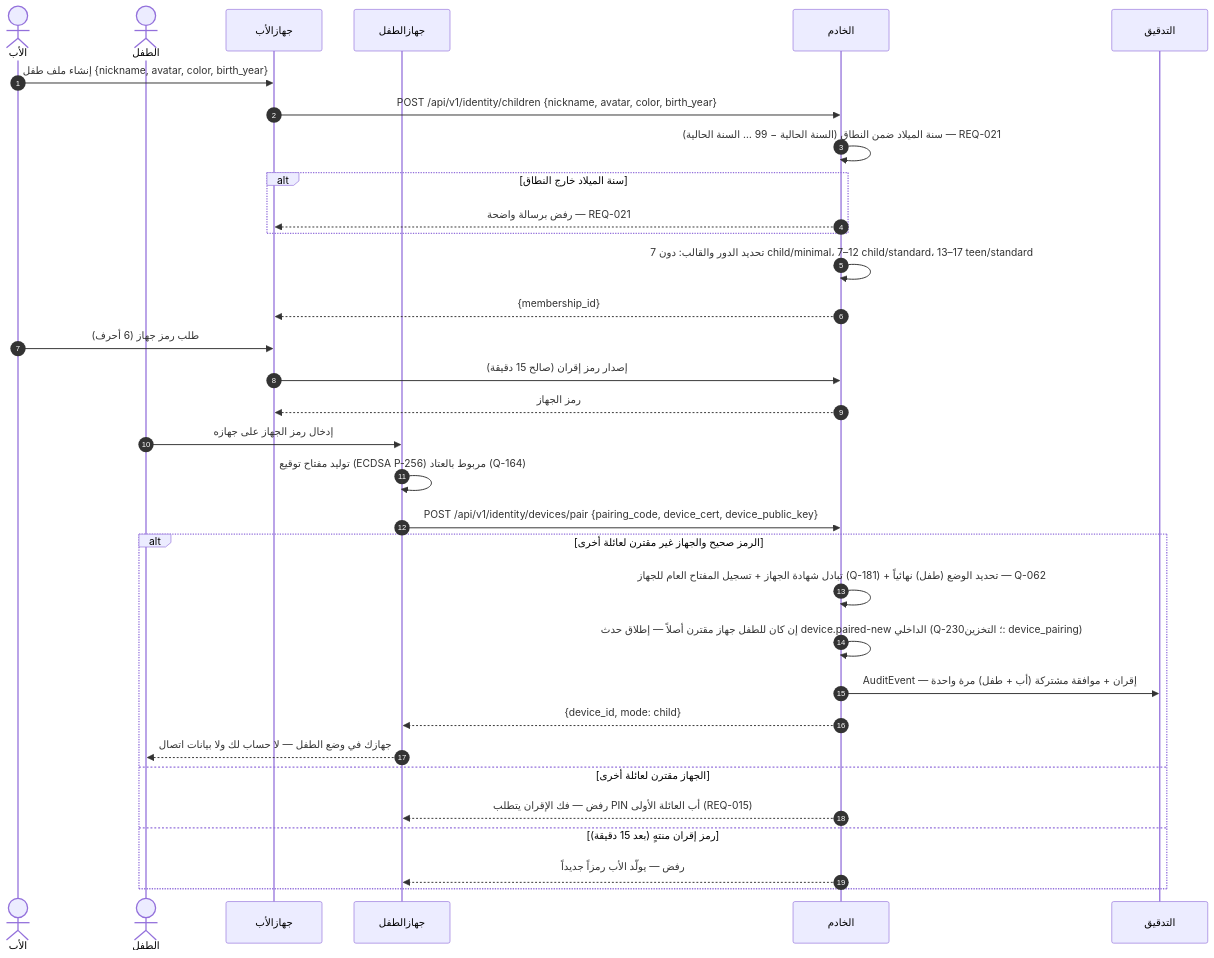
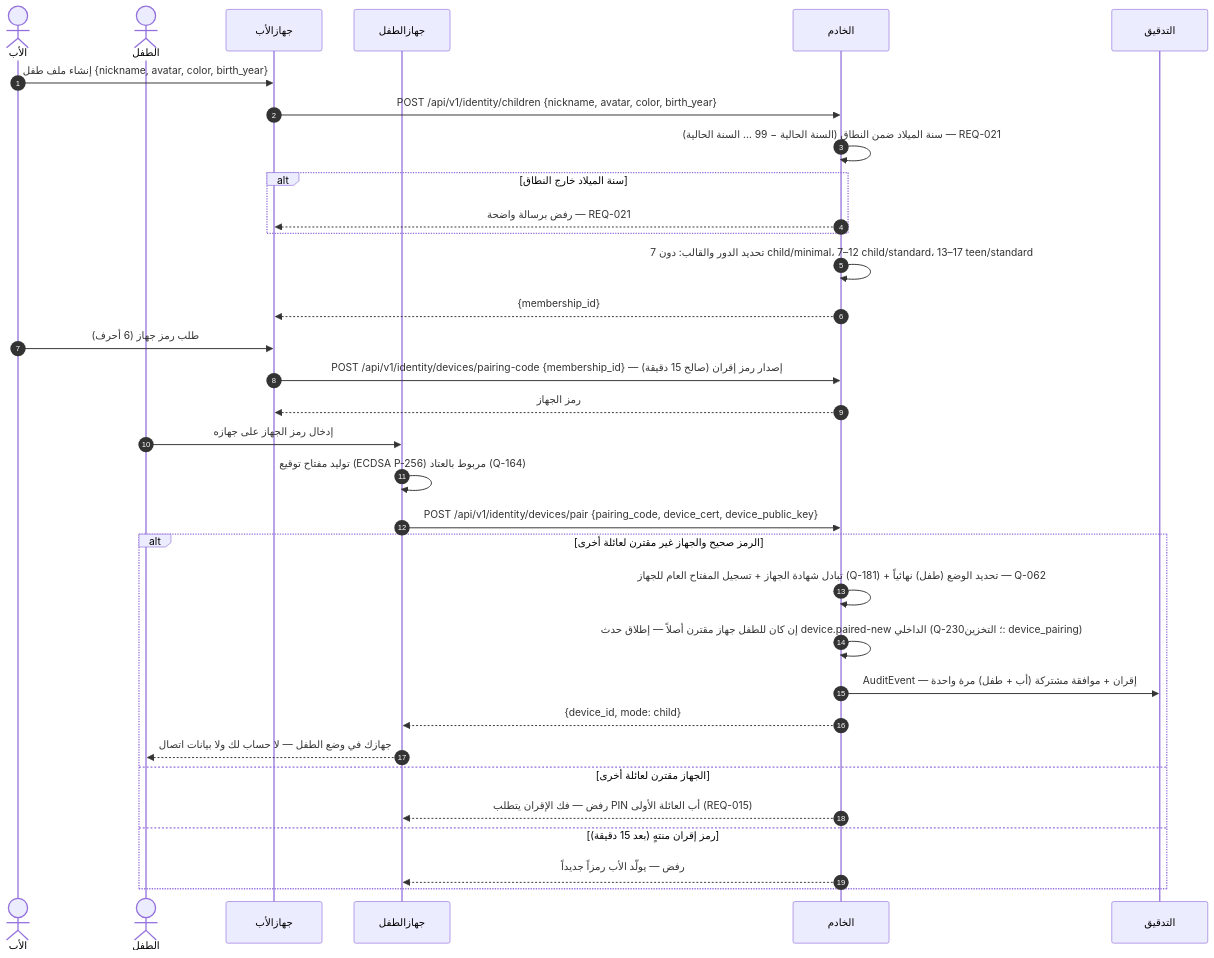
Before and after one commit to Bassam-mohammed-alqaeadi/family-os-v2: the sixth of 14 diagrams in docs/family-os/governance/phases/phase-1/S1-02-identity-and-onboarding/DIAGRAMS.md, drawn with Mermaid. The commit also changed other lines of this file and 3 other files, not shown here.

````diff
--- a/docs/family-os/governance/phases/phase-1/S1-02-identity-and-onboarding/DIAGRAMS.md
+++ b/docs/family-os/governance/phases/phase-1/S1-02-identity-and-onboarding/DIAGRAMS.md
@@ -313,35 +340,35 @@
 ```mermaid
 sequenceDiagram
     autonumber
     actor Father as الأب
     actor Child as الطفل
     participant ParentApp as جهازالأب
     participant ChildApp as جهازالطفل
     participant Ktor as الخادم
     participant Audit as التدقيق
     Father->>ParentApp: إنشاء ملف طفل {nickname, avatar, color, birth_year}
     ParentApp->>Ktor: POST /api/v1/identity/children {nickname, avatar, color, birth_year}
     Ktor->>Ktor: سنة الميلاد ضمن النطاق (السنة الحالية − 99 … السنة الحالية) — REQ-021
     alt سنة الميلاد خارج النطاق
         Ktor-->>ParentApp: رفض برسالة واضحة — REQ-021
     end
     Ktor->>Ktor: تحديد الدور والقالب: دون 7 child/minimal، 7–12 child/standard، 13–17 teen/standard
     Ktor-->>ParentApp: {membership_id}
     Father->>ParentApp: طلب رمز جهاز (6 أحرف)
-    ParentApp->>Ktor: إصدار رمز إقران (صالح 15 دقيقة)
+    ParentApp->>Ktor: POST /api/v1/identity/devices/pairing-code {membership_id} — إصدار رمز إقران (صالح 15 دقيقة)
     Ktor-->>ParentApp: رمز الجهاز
     Child->>ChildApp: إدخال رمز الجهاز على جهازه
     ChildApp->>ChildApp: توليد مفتاح توقيع (ECDSA P-256) مربوط بالعتاد (Q-164)
     ChildApp->>Ktor: POST /api/v1/identity/devices/pair {pairing_code, device_cert, device_public_key}
     alt الرمز صحيح والجهاز غير مقترن لعائلة أخرى
         Ktor->>Ktor: تبادل شهادة الجهاز + تسجيل المفتاح العام للجهاز (Q-181) + تحديد الوضع (طفل) نهائياً — Q-062
         Ktor->>Ktor: إن كان للطفل جهاز مقترن أصلاً — إطلاق حدث device.paired-new الداخلي (Q-230؛ التخزين: device_pairing)
         Ktor->>Audit: AuditEvent — إقران + موافقة مشتركة (أب + طفل) مرة واحدة
         Ktor-->>ChildApp: {device_id, mode: child}
         ChildApp-->>Child: جهازك في وضع الطفل — لا حساب لك ولا بيانات اتصال
     else الجهاز مقترن لعائلة أخرى
         Ktor-->>ChildApp: رفض — فك الإقران يتطلب PIN أب العائلة الأولى (REQ-015)
     else رمز إقران منتهٍ (بعد 15 دقيقة)
         Ktor-->>ChildApp: رفض — يولّد الأب رمزاً جديداً
     end
 ```
````
